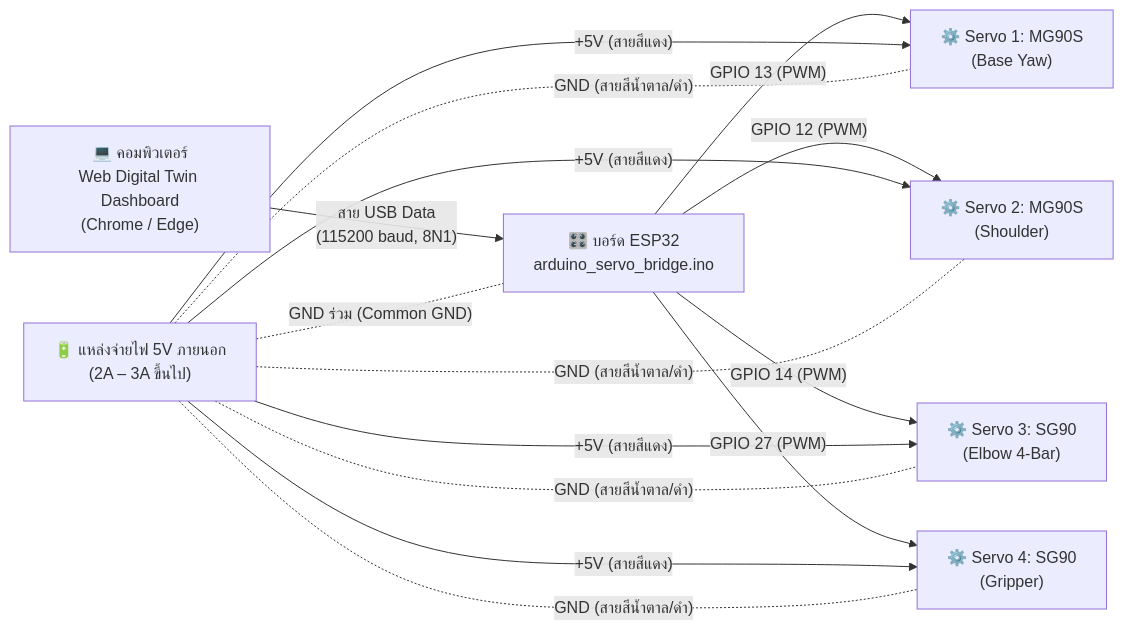
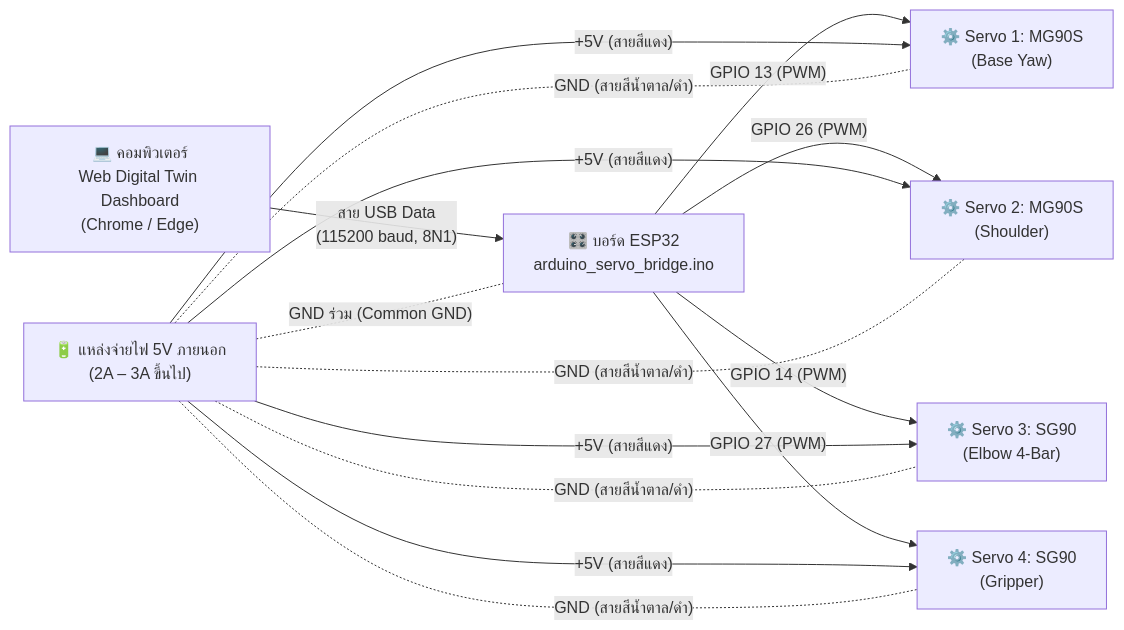
The diagram in docs/WIRING_GUIDE.md (Pongsakorn-yarn/Group01_Project), drawn with Mermaid before and after one commit. The commit also changed other lines of this file and 9 other files, not shown here.

````diff
--- a/docs/WIRING_GUIDE.md
+++ b/docs/WIRING_GUIDE.md
@@ -61,20 +61,20 @@
 ```mermaid
 flowchart LR
     PC["💻 คอมพิวเตอร์<br/>Web Digital Twin Dashboard<br/>(Chrome / Edge)"] -- "สาย USB Data<br/>(115200 baud, 8N1)" --> ESP["🎛️ บอร์ด ESP32<br/>arduino_servo_bridge.ino"]
 
     ESP -- "GPIO 13 (PWM)" --> S1["⚙️ Servo 1: MG90S<br/>(Base Yaw)"]
-    ESP -- "GPIO 12 (PWM)" --> S2["⚙️ Servo 2: MG90S<br/>(Shoulder)"]
+    ESP -- "GPIO 26 (PWM)" --> S2["⚙️ Servo 2: MG90S<br/>(Shoulder)"]
     ESP -- "GPIO 14 (PWM)" --> S3["⚙️ Servo 3: SG90<br/>(Elbow 4-Bar)"]
     ESP -- "GPIO 27 (PWM)" --> S4["⚙️ Servo 4: SG90<br/>(Gripper)"]
 
     PSU["🔋 แหล่งจ่ายไฟ 5V ภายนอก<br/>(2A – 3A ขึ้นไป)"] -- "+5V (สายสีแดง)" --> S1
     PSU -- "+5V (สายสีแดง)" --> S2
     PSU -- "+5V (สายสีแดง)" --> S3
     PSU -- "+5V (สายสีแดง)" --> S4
 
     PSU -. "GND ร่วม (Common GND)" .- ESP
     PSU -. "GND (สายสีน้ำตาล/ดำ)" .- S1
     PSU -. "GND (สายสีน้ำตาล/ดำ)" .- S2
     PSU -. "GND (สายสีน้ำตาล/ดำ)" .- S3
     PSU -. "GND (สายสีน้ำตาล/ดำ)" .- S4
 ```
````
